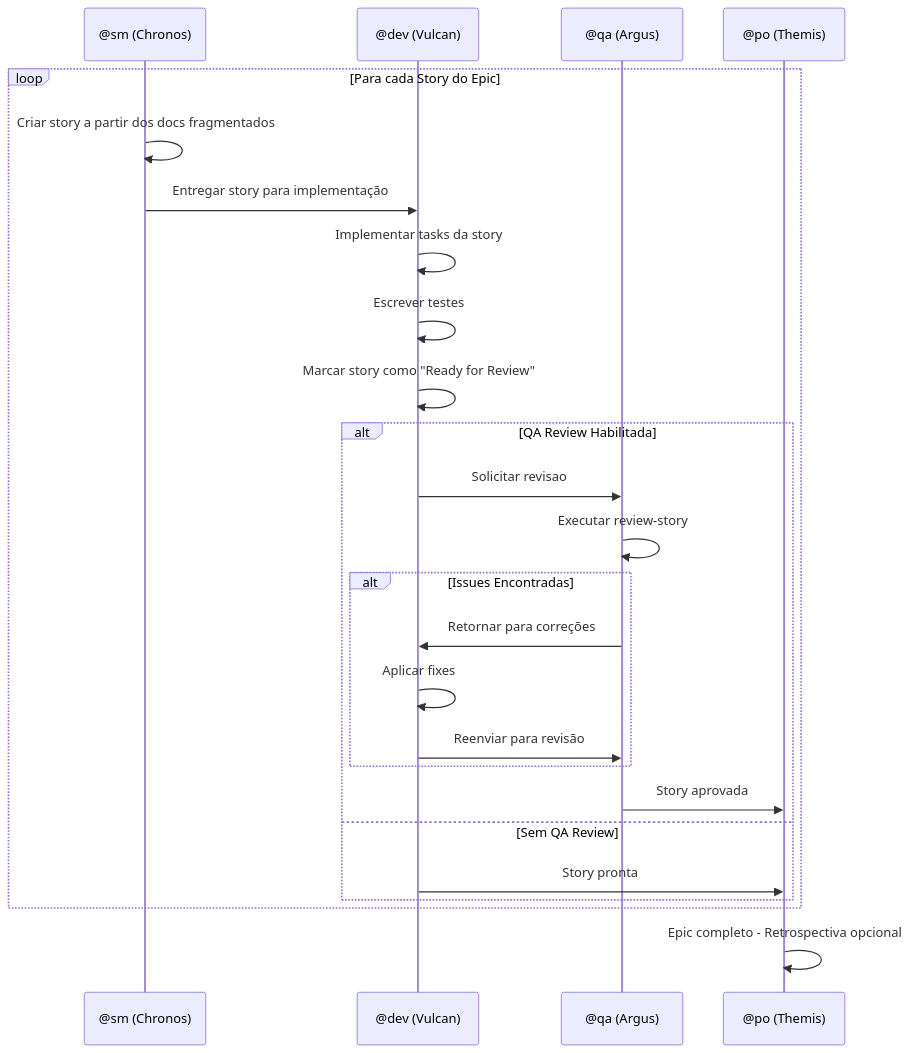
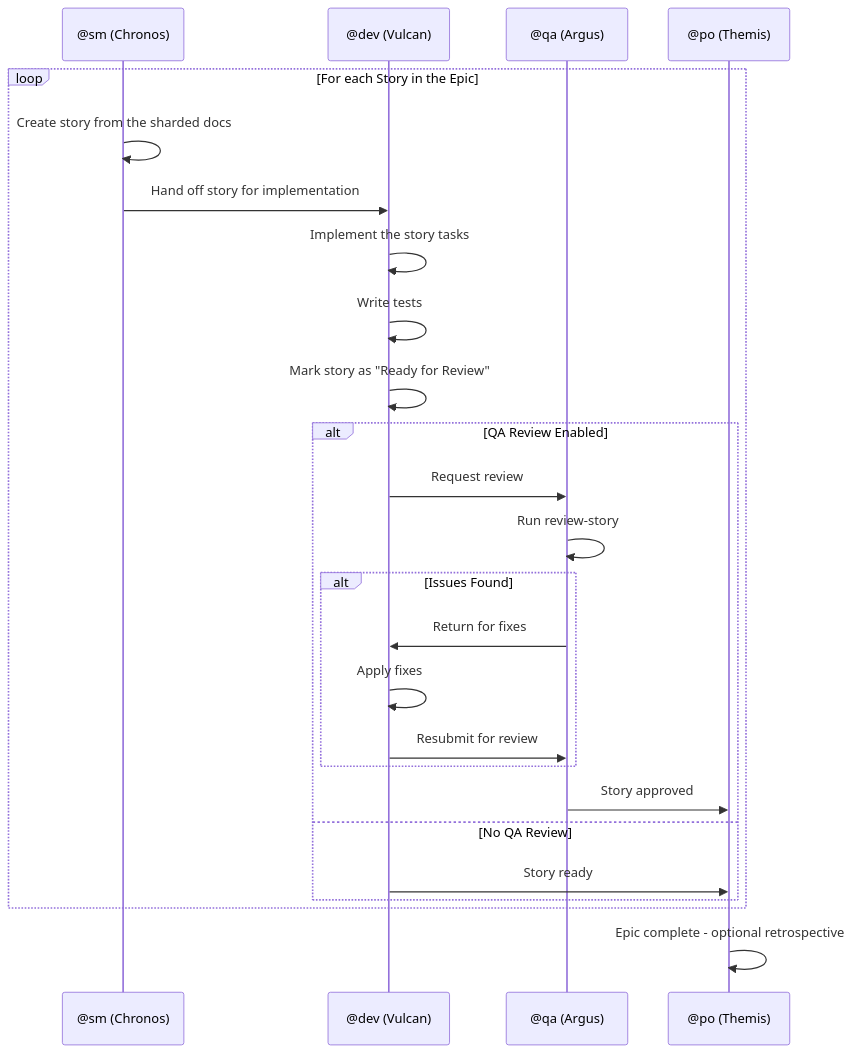
One commit to CyryxLabs/AEXOS changed the second of 7 diagrams in docs/aexos-workflows/brownfield-ui-workflow.md. Above: the diagram before and after it, drawn with Mermaid. The commit also changed other lines of this file and 528 other files, not shown here.

````diff
--- a/docs/aexos-workflows/brownfield-ui-workflow.md
+++ b/docs/aexos-workflows/brownfield-ui-workflow.md
@@ -112,32 +112,32 @@
 ```mermaid
 sequenceDiagram
     participant SM as @sm (Chronos)
     participant DEV as @dev (Vulcan)
     participant QA as @qa (Argus)
     participant PO as @po (Themis)
 
-    loop Para cada Story do Epic
-        SM->>SM: Criar story a partir dos docs fragmentados
-        SM->>DEV: Entregar story para implementação
-        DEV->>DEV: Implementar tasks da story
-        DEV->>DEV: Escrever testes
-        DEV->>DEV: Marcar story como "Ready for Review"
+    loop For each Story in the Epic
+        SM->>SM: Create story from the sharded docs
+        SM->>DEV: Hand off story for implementation
+        DEV->>DEV: Implement the story tasks
+        DEV->>DEV: Write tests
+        DEV->>DEV: Mark story as "Ready for Review"
 
-        alt QA Review Habilitada
-            DEV->>QA: Solicitar revisao
-            QA->>QA: Executar review-story
+        alt QA Review Enabled
+            DEV->>QA: Request review
+            QA->>QA: Run review-story
 
-            alt Issues Encontradas
-                QA->>DEV: Retornar para correções
-                DEV->>DEV: Aplicar fixes
-                DEV->>QA: Reenviar para revisão
+            alt Issues Found
+                QA->>DEV: Return for fixes
+                DEV->>DEV: Apply fixes
+                DEV->>QA: Resubmit for review
             end
 
-            QA->>PO: Story aprovada
-        else Sem QA Review
-            DEV->>PO: Story pronta
+            QA->>PO: Story approved
+        else No QA Review
+            DEV->>PO: Story ready
         end
     end
 
-    PO->>PO: Epic completo - Retrospectiva opcional
+    PO->>PO: Epic complete - optional retrospective
 ```
````
